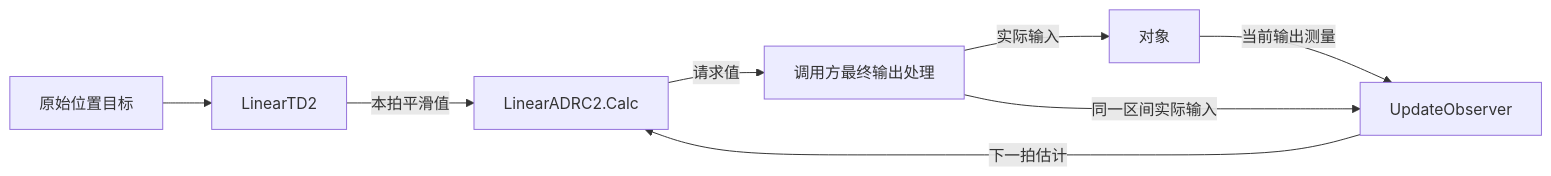
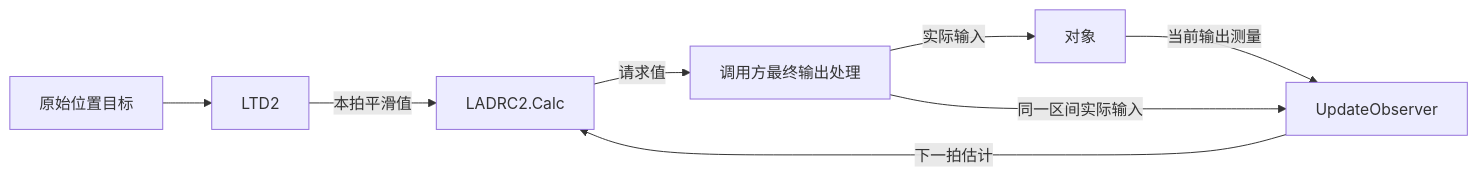
Before and after one commit to Aholala/ADRC: the diagram in docs/19_完整C++接入示例.md, drawn with Mermaid. The commit also changed other lines of this file and 124 other files, not shown here.

````diff
--- a/docs/19_完整C++接入示例.md
+++ b/docs/19_完整C++接入示例.md
@@ -15,10 +15,10 @@
 ```mermaid
 flowchart LR
-    R[原始位置目标] --> T[LinearTD2]
-    T -->|本拍平滑值| C[LinearADRC2.Calc]
+    R[原始位置目标] --> T[LTD2]
+    T -->|本拍平滑值| C[LADRC2.Calc]
     C -->|请求值| L[调用方最终输出处理]
     L -->|实际输入| P[对象]
     P -->|当前输出测量| O[UpdateObserver]
     L -->|同一区间实际输入| O
     O -->|下一拍估计| C
 ```
````
